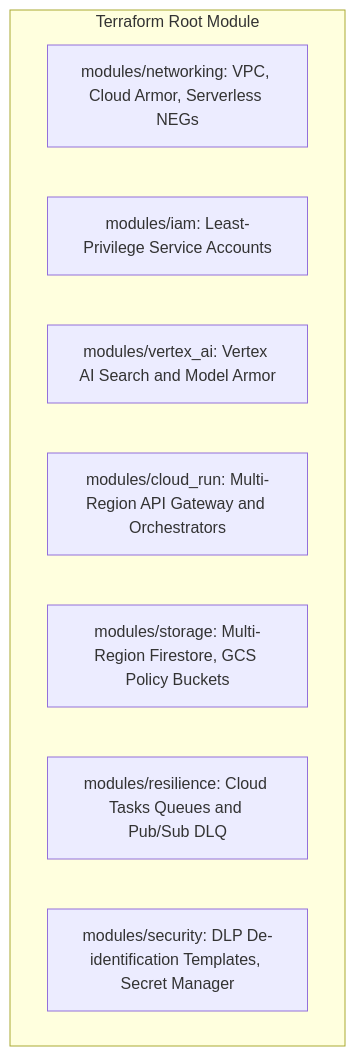
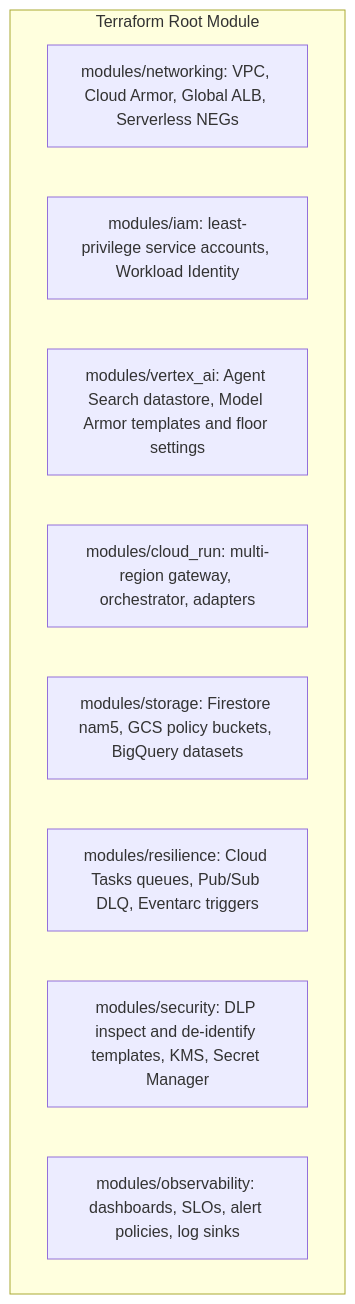
Before and after one commit to randyh0329/PRJ-ELEVATE-C1-G5: diagram 17 of 19 in Enterprise Agentic Solution Design Document - MVP 1.md, drawn with Mermaid. The commit also changed other lines of this file, not shown here.

````diff
--- a/Enterprise Agentic Solution Design Document - MVP 1.md
+++ b/Enterprise Agentic Solution Design Document - MVP 1.md
@@ -617,12 +1368,13 @@
 ```mermaid
 graph TD
     subgraph TF["Terraform Root Module"]
-        M1["modules/networking: VPC, Cloud Armor, Serverless NEGs"]
-        M2["modules/iam: Least-Privilege Service Accounts"]
-        M3["modules/vertex_ai: Vertex AI Search and Model Armor"]
-        M4["modules/cloud_run: Multi-Region API Gateway and Orchestrators"]
-        M5["modules/storage: Multi-Region Firestore, GCS Policy Buckets"]
-        M6["modules/resilience: Cloud Tasks Queues and Pub/Sub DLQ"]
-        M7["modules/security: DLP De-identification Templates, Secret Manager"]
+        M1["modules/networking: VPC, Cloud Armor, Global ALB, Serverless NEGs"]
+        M2["modules/iam: least-privilege service accounts, Workload Identity"]
+        M3["modules/vertex_ai: Agent Search datastore, Model Armor templates and floor settings"]
+        M4["modules/cloud_run: multi-region gateway, orchestrator, adapters"]
+        M5["modules/storage: Firestore nam5, GCS policy buckets, BigQuery datasets"]
+        M6["modules/resilience: Cloud Tasks queues, Pub/Sub DLQ, Eventarc triggers"]
+        M7["modules/security: DLP inspect and de-identify templates, KMS, Secret Manager"]
+        M8["modules/observability: dashboards, SLOs, alert policies, log sinks"]
     end
 ```
````
